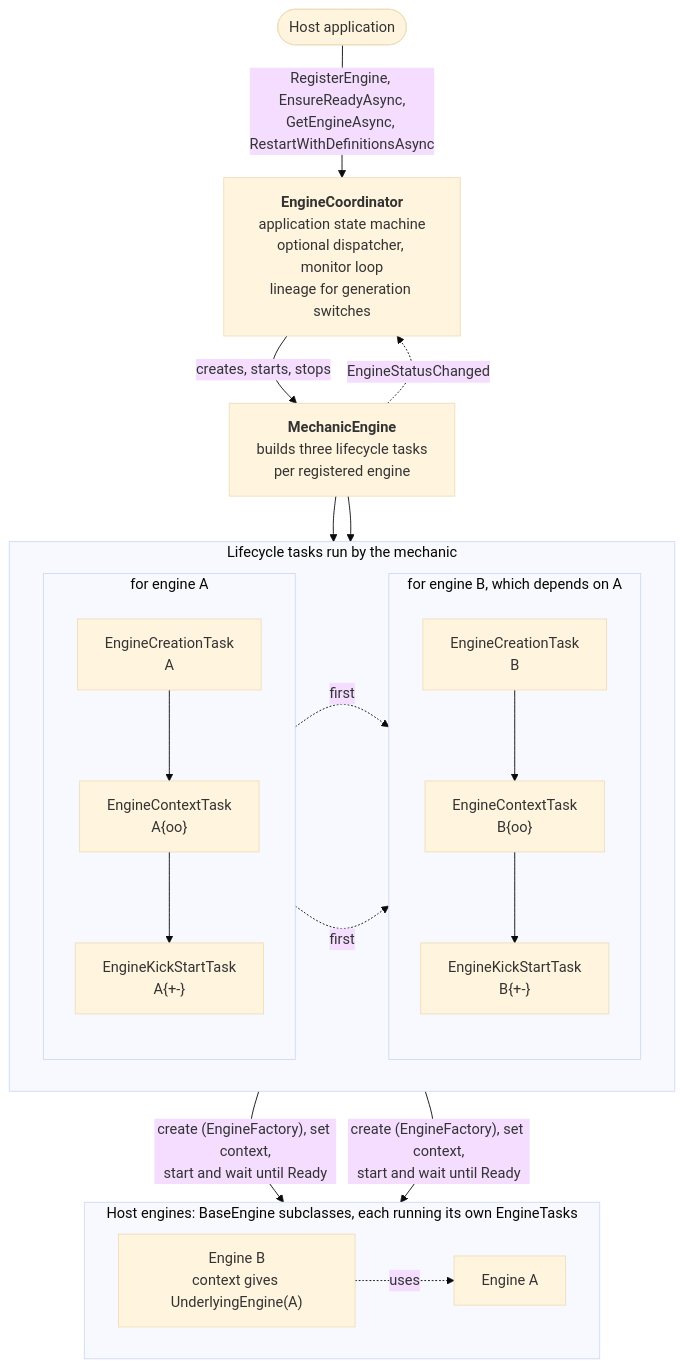
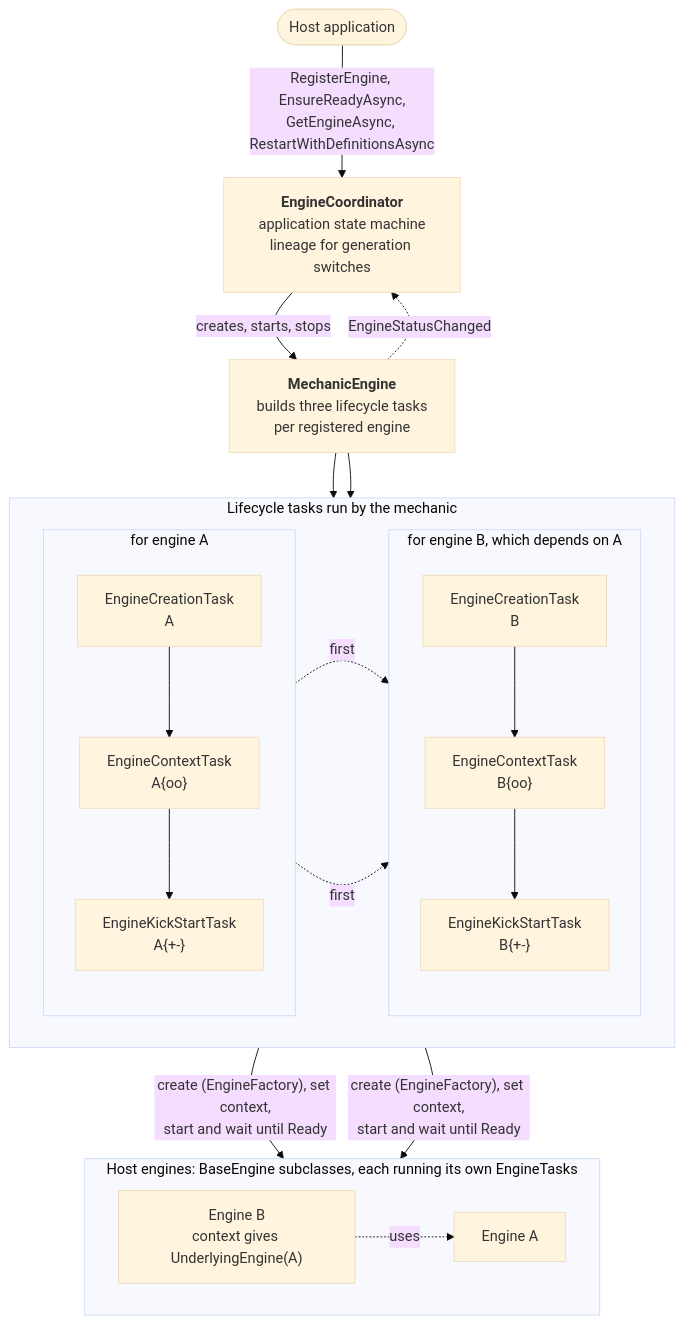
The first of 3 diagrams in docs/Overview.md (KenKor/OrchestrationEngines), drawn with Mermaid (base theme) before and after one commit. The commit also changed other lines of this file and 39 other files, not shown here.

````diff
--- a/docs/Overview.md
+++ b/docs/Overview.md
@@ -32,37 +32,37 @@
 ```mermaid
 flowchart TB
     Host(["Host application"])
 
-    Coordinator["<b>EngineCoordinator</b><br/>application state machine<br/>optional dispatcher, monitor loop<br/>lineage for generation switches"]
+    Coordinator["<b>EngineCoordinator</b><br/>application state machine<br/>lineage for generation switches"]
 
     MechanicNode["<b>MechanicEngine</b><br/>builds three lifecycle tasks<br/>per registered engine"]
 
     subgraph Mechanic["Lifecycle tasks run by the mechanic"]
         direction LR
         subgraph TasksA["for engine A"]
             direction TB
             CreateA["EngineCreationTask<br/>A"] --> ContextA["EngineContextTask<br/>A{oo}"] --> KickA["EngineKickStartTask<br/>A{+-}"]
         end
         subgraph TasksB["for engine B, which depends on A"]
             direction TB
             CreateB["EngineCreationTask<br/>B"] --> ContextB["EngineContextTask<br/>B{oo}"] --> KickB["EngineKickStartTask<br/>B{+-}"]
         end
         ContextA -. "first" .-> ContextB
         KickA -. "first" .-> KickB
     end
 
     subgraph Engines["Host engines: BaseEngine subclasses, each running its own EngineTasks"]
         direction LR
         EngineA["Engine A"]
         EngineB["Engine B<br/>context gives UnderlyingEngine(A)"]
     end
 
     Host -- "RegisterEngine, EnsureReadyAsync,<br/>GetEngineAsync, RestartWithDefinitionsAsync" --> Coordinator
     Coordinator -- "creates, starts, stops" --> MechanicNode
     MechanicNode -. "EngineStatusChanged" .-> Coordinator
     MechanicNode --> CreateA
     MechanicNode --> CreateB
     TasksA -- "create (EngineFactory), set context,<br/>start and wait until Ready" --> EngineA
     TasksB -- "create (EngineFactory), set context,<br/>start and wait until Ready" --> EngineB
     EngineB -. "uses" .-> EngineA
 ```
````
